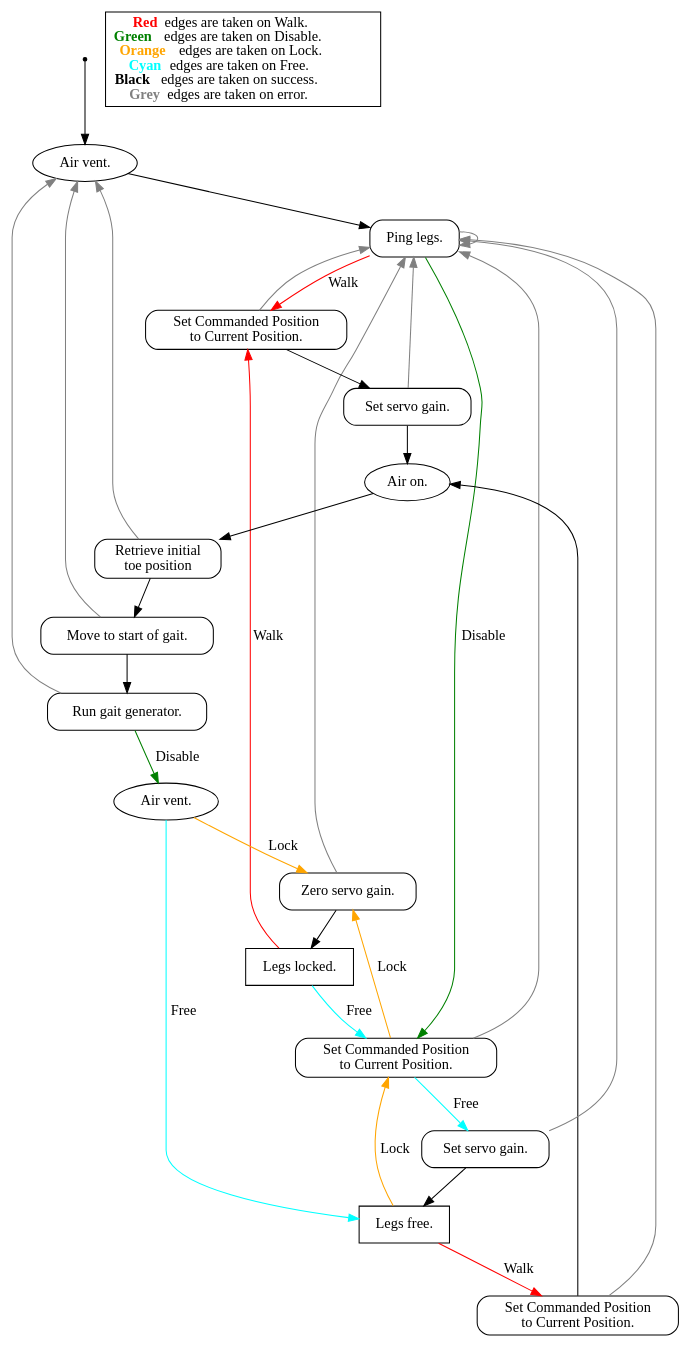
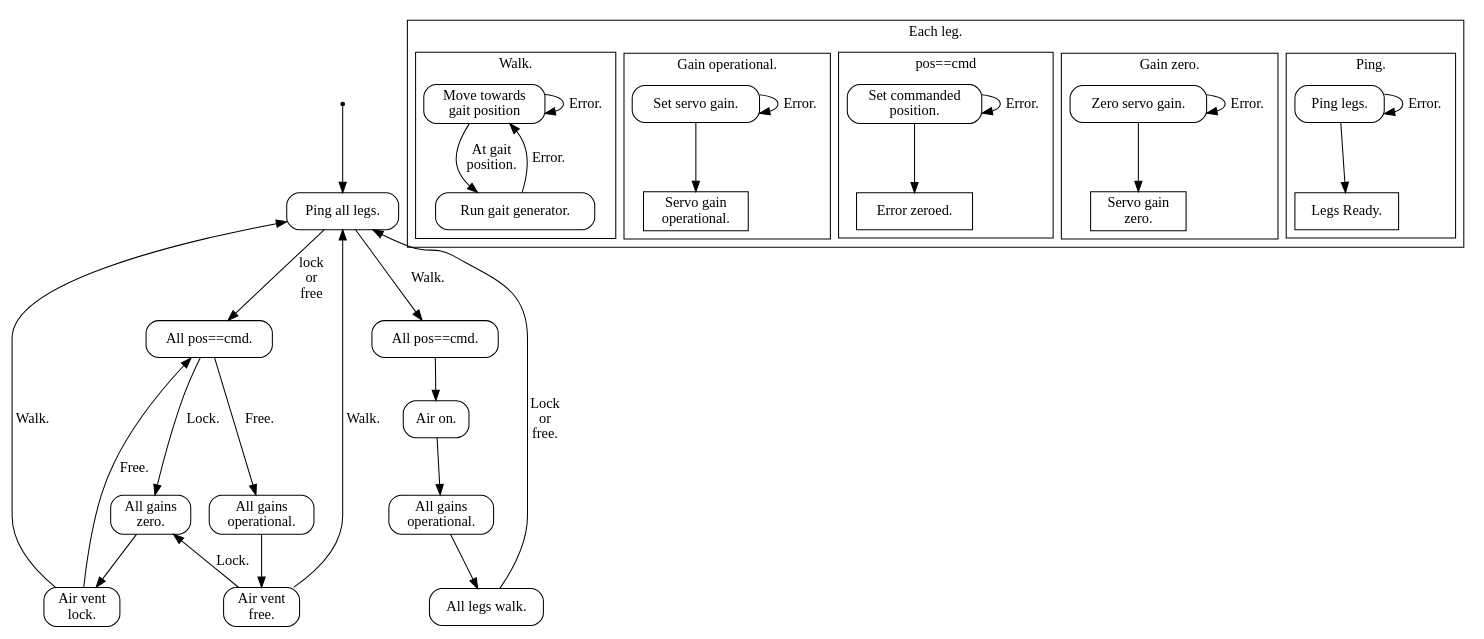
The diagram in Hull/HullControl/LegModes.dot (contradict/Stomp), drawn with Graphviz before and after one commit. The commit also changed 3 other files, not shown here.

```diff
--- a/Hull/HullControl/LegModes.dot
+++ b/Hull/HullControl/LegModes.dot
@@ -1,56 +1,90 @@
 digraph {
-  init [label="Boot.", shape=point]
-  node [shape=Mrecord]
-  PING [label="Ping legs."]
-  LOCK [label="Legs locked." shape=rectangle]
-  ZERO [label="Zero servo gain."]
-  FREE [label="Legs free." shape=rectangle]
-  GETP [label="Set Commanded Position\nto Current Position."]
-  GETPD [label="Set Commanded Position\nto Current Position."]
-  GETPE [label="Set Commanded Position\nto Current Position."]
-  GAIN [label="Set servo gain."]
-  GAINF [label="Set servo gain."]
-  GETTP [label="Retrieve initial\ntoe position"]
-  RAMPP [label="Move to start of gait."]
-  WALK [label="Run gait generator."]
-  AIRON [label="Air on." shape=oval]
-  AIRVI [label="Air vent." shape=oval]
-  AIRVW [label="Air vent." shape=oval]
-  DESCRIPTION [label=<
-<font color='red'><b>Red</b></font> edges are taken on Walk.<br/>
-<font color='green'><b>Green</b></font> edges are taken on Disable.<br/>
-<font color='orange'><b>Orange</b></font> edges are taken on Lock.<br/>
-<font color='cyan'><b>Cyan</b></font> edges are taken on Free.<br/>
-<font color='black'><b>Black</b></font> edges are taken on success.<br/>
-<font color='grey'><b>Grey</b></font> edges are taken on error.<br/>
->
-               shape=box]
+    init [label="Boot.", shape=point];
+    node [shape=Mrecord];
 
-  init->AIRVI->PING
-  PING->GETP [label="Walk" color="red"]
-  GETP->GAIN->AIRON->GETTP->RAMPP->WALK
-  WALK->AIRVW [label="Disable" color="green"]
-  AIRVW->FREE [label="Free" color="cyan"]
-  AIRVW->ZERO [label="Lock" color="orange"]
-  ZERO->LOCK
-  PING->GETPD [label="Disable" color="green"]
-  GETPD->GAINF [label="Free" color="cyan"]
-  GAINF->FREE
-  GETPD->ZERO [label="Lock" color="orange"]
-  LOCK->GETP [label="Walk" color="red"]
-  FREE->GETPE [label="Walk" color="red"]
-  LOCK->GETPD [label="Free" color="cyan"]
-  FREE->GETPD [label="Lock" color="orange"]
-  GETPE->AIRON
+    subgraph cluster_eachleg {
+        label="Each leg.";
+        subgraph cluster_allping {
+            label="Ping.";
+            PING [label="Ping legs."];
+            READY [label="Legs Ready." shape=rectangle];
+            PING -> READY;
+            PING -> PING [label="Error."];
+        }
 
-  PING->PING [color="grey"]
-  GETP->PING [color="grey"]
-  GETPD->PING [color="grey"]
-  GETPE->PING [color="grey"]
-  GAIN->PING [color="grey"]
-  GAINF->PING [color="grey"]
-  ZERO->PING [color="grey"]
-  GETTP->AIRVI [color="grey"]
-  RAMPP->AIRVI [color="grey"]
-  WALK->AIRVI [color="grey"]
+        subgraph cluster_allzero_gain {
+            label="Gain zero.";
+            ZERO [label="Zero servo gain."];
+            LOCK [label="Servo gain\nzero." shape=rectangle];
+            ZERO -> LOCK;
+            ZERO -> ZERO [label="Error."];
+        }
+
+        subgraph cluster_allpos {
+            label="pos==cmd";
+            SETP [label="Set commanded\nposition."];
+            POSSET [label="Error zeroed." shape=rectangle];
+            SETP -> POSSET;
+            SETP -> SETP [label="Error."];
+        }
+
+        subgraph cluster_allset_gain {
+            label="Gain operational.";
+            GAINF [label="Set servo gain."];
+            SET [label="Servo gain\noperational." shape=rectangle];
+            GAINF -> SET;
+            GAINF -> GAINF [label="Error."];
+        }
+
+        subgraph cluster_allwalk {
+            label="Walk.";
+            MOVEW [label="Move towards\ngait position"];
+            WALK [label="Run gait generator."];
+            MOVEW -> WALK [label="At gait\nposition."];
+            MOVEW -> MOVEW [label="Error."]
+            WALK -> MOVEW [label="Error."];
+        }
+    }
+
+    {
+        rank=same;
+        allpos_d [label="All pos==cmd."];
+        allpos_e [label="All pos==cmd."];
+    }
+
+    air_off_l [label="Air vent\nlock."];
+    air_off_f [label="Air vent\nfree."];
+
+    {
+        rank=same;
+        allset_gain_d [label="All gains\noperational."];
+        allset_gain_e [label="All gains\noperational."];
+        allzero_gain
+    }
+
+    allping [label="Ping all legs."];
+    allzero_gain [label="All gains\nzero."];
+    air_on [label="Air on."];
+    allwalk [label="All legs walk."];
+
+    init -> allping;
+    allping -> allpos_d [label="lock\nor\nfree"];
+
+    // Lock
+    allpos_d -> allzero_gain [label="Lock."];
+    allzero_gain -> air_off_l;
+    air_off_l -> allping [label="Walk."];
+    air_off_l -> allpos_d [label="Free."];
+
+    // Free
+    allpos_d -> allset_gain_d [label="Free."];
+    allset_gain_d -> air_off_f;
+    air_off_f -> allping [label="Walk."];
+    air_off_f -> allzero_gain [label="Lock."];
+
+    // walk
+    allping -> allpos_e [label="Walk."];
+    allpos_e -> air_on -> allset_gain_e -> allwalk;
+    allwalk -> allping [label="Lock\nor\nfree."];
+
 }
```
